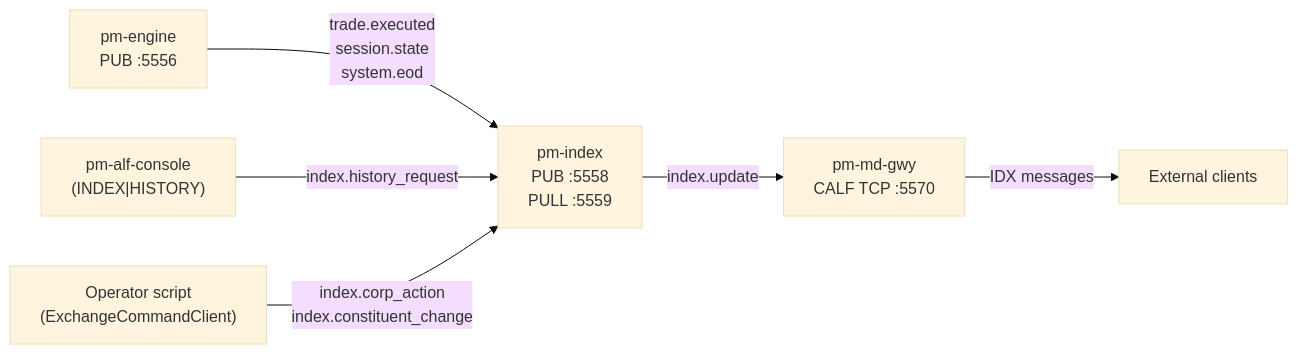
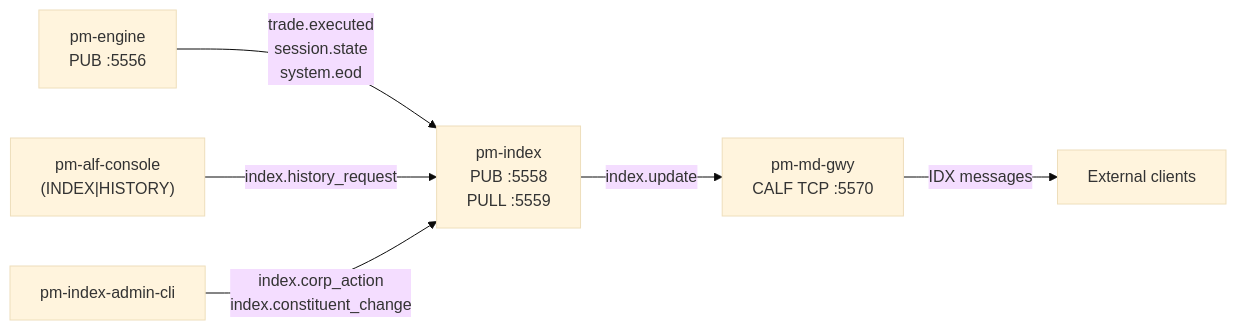
Before and after one commit to johan162/EduMatcher: the diagram in docs/user-guide/150-index.md, drawn with Mermaid (base theme). The commit also changed other lines of this file and 17 other files, not shown here.

Commit message:
feat(pm-index-admin-cli): added Index administration client to handle corporate actions

````diff
--- a/docs/user-guide/150-index.md
+++ b/docs/user-guide/150-index.md
@@ -24,8 +24,8 @@
 ```mermaid
 flowchart LR
     E["pm-engine\nPUB :5556"] -->|"trade.executed\nsession.state\nsystem.eod"| I["pm-index\nPUB :5558\nPULL :5559"]
     I -->|"index.update"| G["pm-md-gwy\nCALF TCP :5570"]
     G -->|"IDX messages"| C["External clients"]
     CON["pm-alf-console\n(INDEX|HISTORY)"] -->|"index.history_request"| I
-    SCR["Operator script\n(ExchangeCommandClient)"] -->|"index.corp_action\nindex.constituent_change"| I
+    ADM["pm-index-admin-cli"] -->|"index.corp_action\nindex.constituent_change"| I
 ```
````
